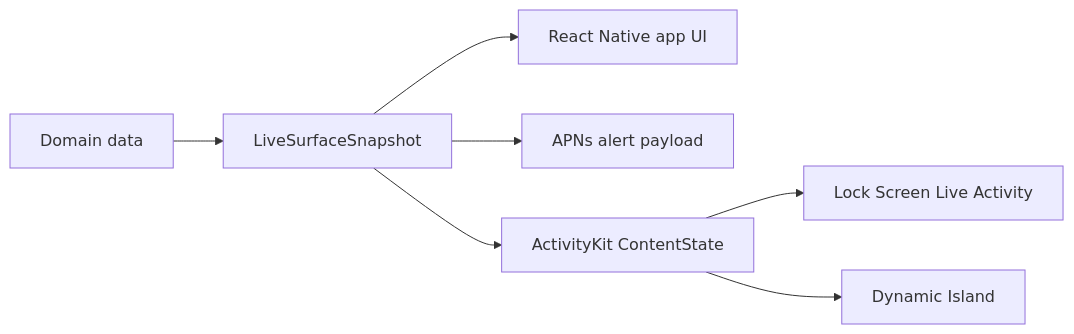
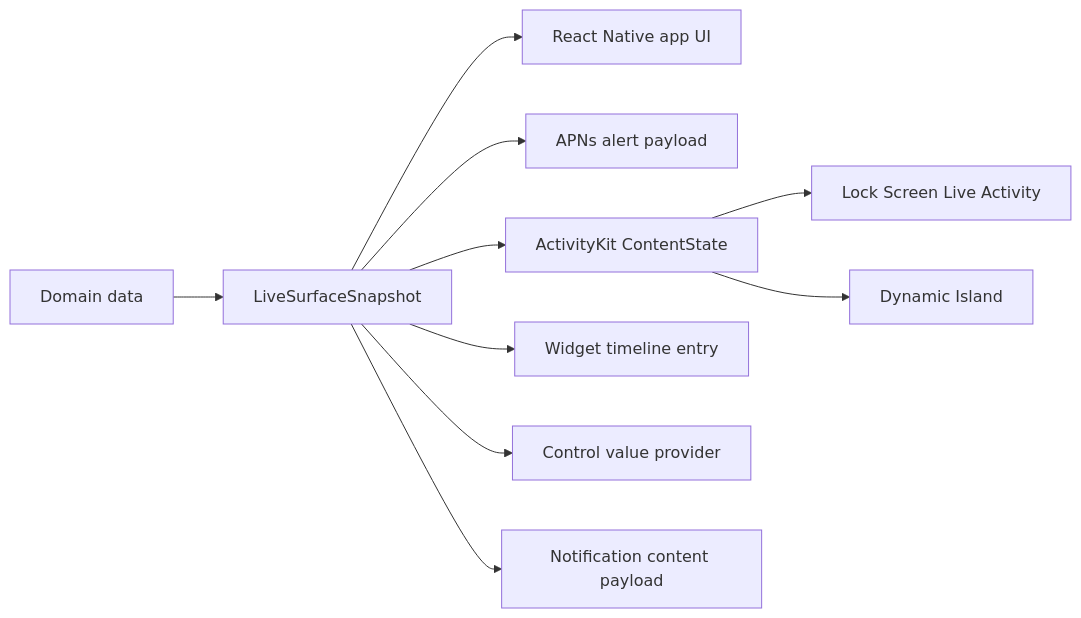
The diagram in docs/architecture.md (glendonC/mobile-surfaces), drawn with Mermaid before and after one commit. The commit also changed other lines of this file and 20 other files, not shown here.

````diff
--- a/docs/architecture.md
+++ b/docs/architecture.md
@@ -5,9 +5,12 @@
 ```mermaid
 flowchart LR
   Domain["Domain data"] --> Snapshot["LiveSurfaceSnapshot"]
   Snapshot --> App["React Native app UI"]
   Snapshot --> Alert["APNs alert payload"]
   Snapshot --> ActivityState["ActivityKit ContentState"]
+  Snapshot --> WidgetEntry["Widget timeline entry"]
+  Snapshot --> ControlValue["Control value provider"]
+  Snapshot --> NotificationPayload["Notification content payload"]
   ActivityState --> LockScreen["Lock Screen Live Activity"]
   ActivityState --> Island["Dynamic Island"]
 ```
````
